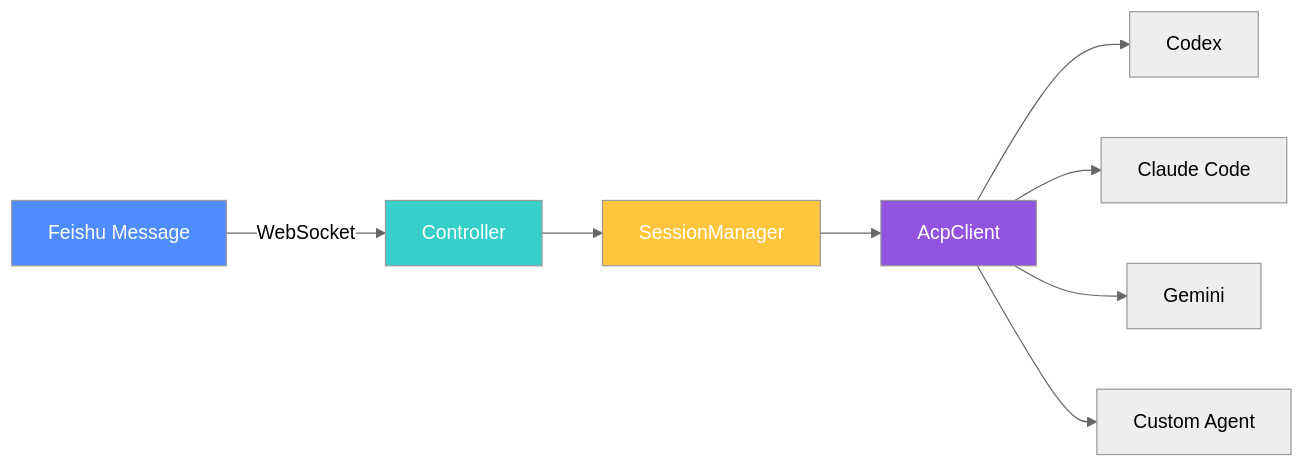
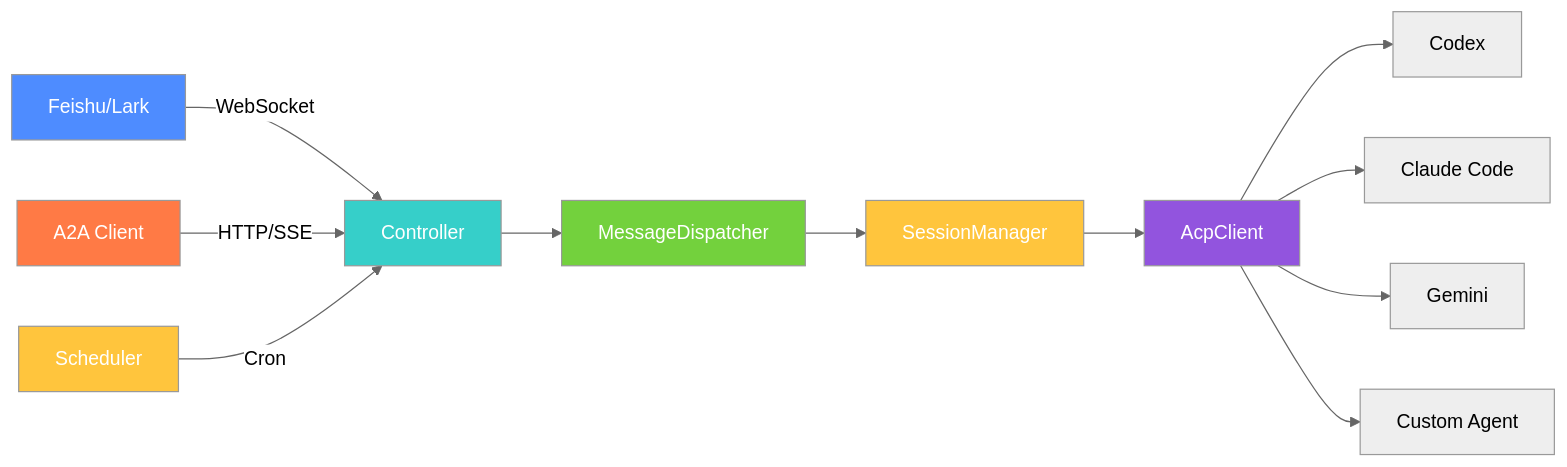
Before and after one commit to IanYu-Tree/acp-claw: the diagram in README.md, drawn with Mermaid (neutral theme). The commit also changed other lines of this file and 38 other files, not shown here.

First line of the commit message:
feat: add A2A channel, refactor architecture to modular structure

````diff
--- a/README.md
+++ b/README.md
@@ -107,15 +108,21 @@
 ```mermaid
 graph LR
-    A[Feishu Message] -->|WebSocket| B[Controller]
-    B --> C[SessionManager]
-    C --> D[AcpClient]
-    D --> E[Codex]
-    D --> F[Claude Code]
-    D --> G[Gemini]
-    D --> H[Custom Agent]
+    A[Feishu/Lark] -->|WebSocket| C[Controller]
+    B[A2A Client] -->|HTTP/SSE| C
+    S[Scheduler] -->|Cron| C
+    C --> D[MessageDispatcher]
+    D --> E[SessionManager]
+    E --> F[AcpClient]
+    F --> G[Codex]
+    F --> H[Claude Code]
+    F --> I[Gemini]
+    F --> J[Custom Agent]
 
     style A fill:#4e8cff,color:#fff
-    style B fill:#36cfc9,color:#fff
-    style C fill:#ffc53d,color:#fff
-    style D fill:#9254de,color:#fff
+    style B fill:#ff7a45,color:#fff
+    style S fill:#ffc53d,color:#fff
+    style C fill:#36cfc9,color:#fff
+    style D fill:#73d13d,color:#fff
+    style E fill:#ffc53d,color:#fff
+    style F fill:#9254de,color:#fff
 ```
````
